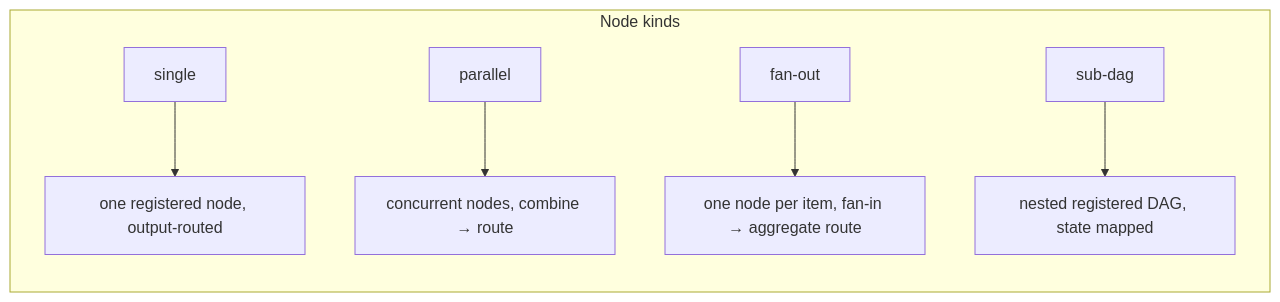
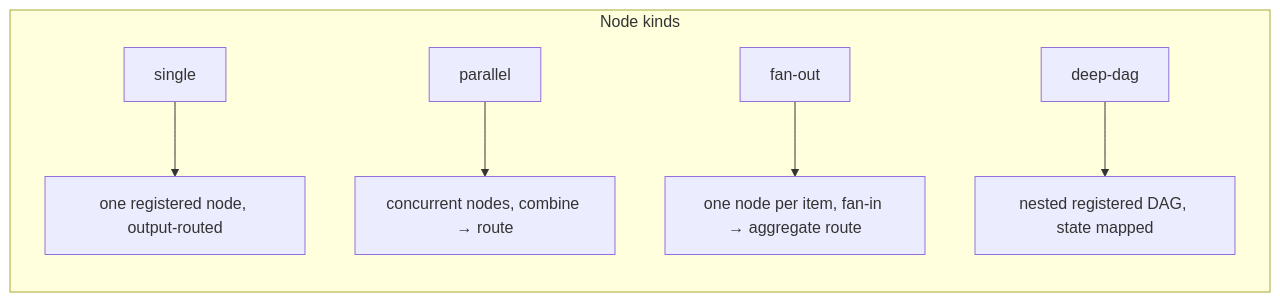
Before and after one commit to Studnicky/Dagonizer: the first of 3 diagrams in docs/architecture.md, drawn with Mermaid. The commit also changed other lines of this file and 58 other files, not shown here.

First line of the commit message:
refactor!: canonical JSON-LD DAG + deepDAG rename

````diff
--- a/docs/architecture.md
+++ b/docs/architecture.md
@@ -17,10 +17,10 @@
 ```mermaid
 flowchart TB
   subgraph kinds["Node kinds"]
     direction TB
     A[single] --> B[one registered node, output-routed]
     C[parallel] --> D[concurrent nodes, combine → route]
     E[fan-out] --> F[one node per item, fan-in → aggregate route]
-    G[sub-dag] --> H[nested registered DAG, state mapped]
+    G[deep-dag] --> H[nested registered DAG, state mapped]
   end
 ```
````
